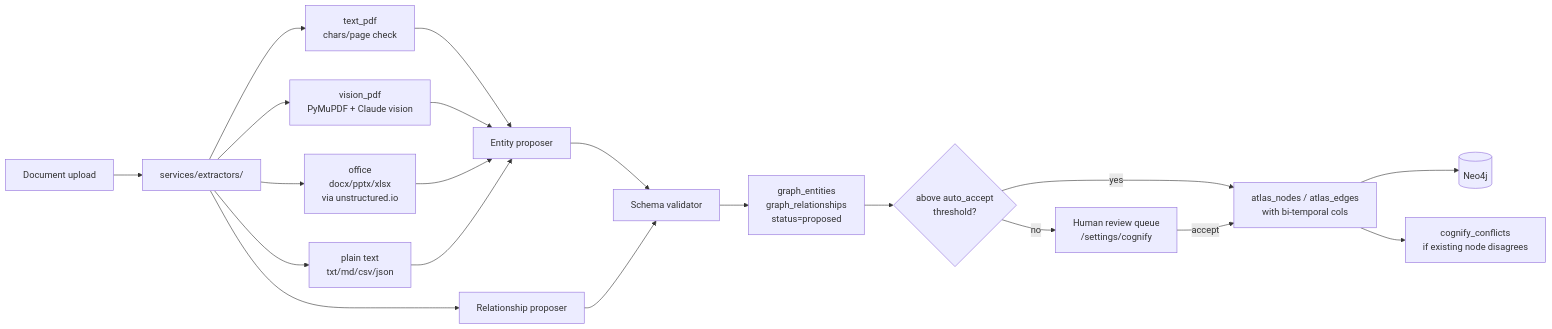
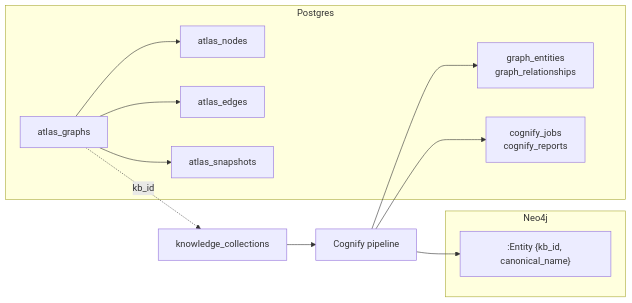
One commit to sarkar4777/abenix changed the diagram in docs/01-architecture/06-atlas-knowledge-engine.md. Above: the diagram before and after it, drawn with Mermaid. The commit also changed other lines of this file and 288 other files, not shown here.

````diff
--- a/docs/01-architecture/06-atlas-knowledge-engine.md
+++ b/docs/01-architecture/06-atlas-knowledge-engine.md
@@ -70,22 +10,18 @@
 ```mermaid
 flowchart LR
-  D[Document upload] --> EX[services/extractors/]
-  EX --> TEXT[text_pdf<br/>chars/page check]
-  EX --> VIS[vision_pdf<br/>PyMuPDF + Claude vision]
-  EX --> OFFICE[office<br/>docx/pptx/xlsx<br/>via unstructured.io]
-  EX --> PLAIN[plain text<br/>txt/md/csv/json]
-  TEXT --> P[Entity proposer]
-  VIS --> P
-  OFFICE --> P
-  PLAIN --> P
-  EX --> R[Relationship proposer]
-  P --> S[Schema validator]
-  R --> S
-  S --> RG[graph_entities<br/>graph_relationships<br/>status=proposed]
-  RG --> CF{above auto_accept<br/>threshold?}
-  CF -->|yes| AN[atlas_nodes / atlas_edges<br/>with bi-temporal cols]
-  CF -->|no| HR[Human review queue<br/>/settings/cognify]
-  HR -->|accept| AN
-  AN --> N[(Neo4j)]
-  AN --> CC[cognify_conflicts<br/>if existing node disagrees]
+  subgraph PG[Postgres]
+    AG[atlas_graphs] --> AN[atlas_nodes]
+    AG --> AE[atlas_edges]
+    AG --> AS[atlas_snapshots]
+    GE[graph_entities<br/>graph_relationships]
+    CJ[cognify_jobs<br/>cognify_reports]
+  end
+  subgraph N4J[Neo4j]
+    EN[":Entity {kb_id, canonical_name}"]
+  end
+  AG -. kb_id .-> KB[knowledge_collections]
+  KB --> CP[Cognify pipeline]
+  CP --> EN
+  CP --> GE
+  CP --> CJ
 ```
````
